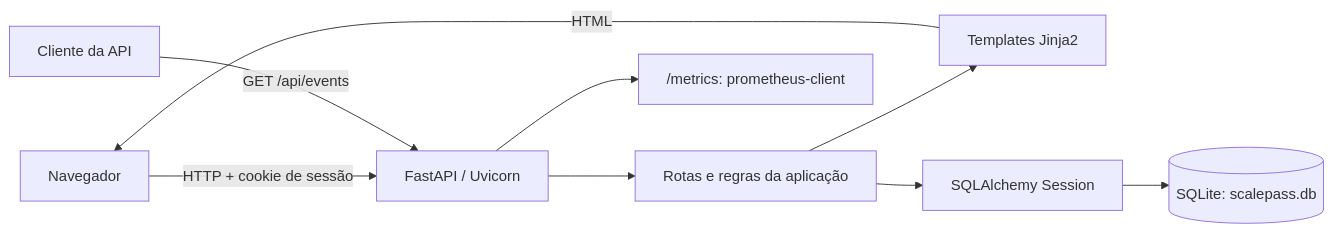
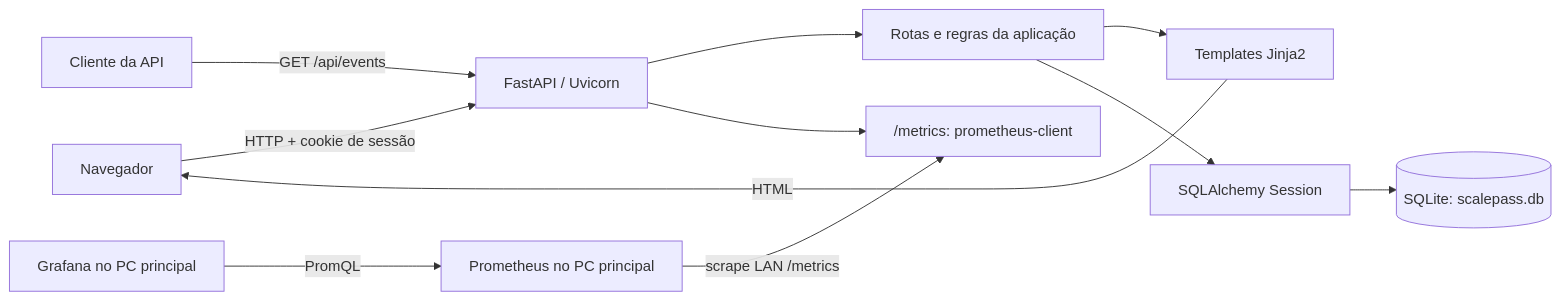
One commit to Warier/srelab changed the first of 3 diagrams in docs/architecture.md. Above: the diagram before and after it, drawn with Mermaid. The commit also changed other lines of this file and 12 other files, not shown here.

Commit message:
obs: add provisioned Prometheus Grafana dashboard

````diff
--- a/docs/architecture.md
+++ b/docs/architecture.md
@@ -9,11 +9,13 @@
 ```mermaid
 flowchart LR
     U["Navegador"] -->|"HTTP + cookie de sessão"| F["FastAPI / Uvicorn"]
     C["Cliente da API"] -->|"GET /api/events"| F
     F --> R["Rotas e regras da aplicação"]
     R --> J["Templates Jinja2"]
     J -->|"HTML"| U
     R --> S["SQLAlchemy Session"]
     S --> D[("SQLite: scalepass.db")]
     F --> M["/metrics: prometheus-client"]
+    P["Prometheus no PC principal"] -->|"scrape LAN /metrics"| M
+    G["Grafana no PC principal"] -->|"PromQL"| P
 ```
````
